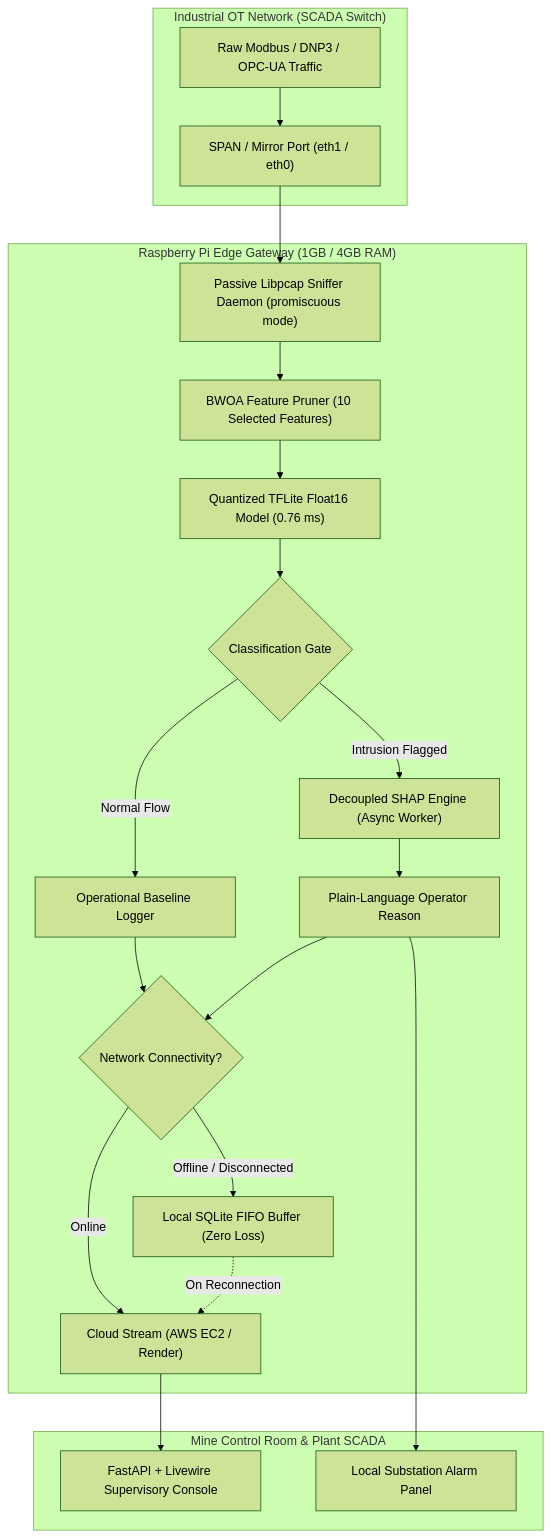
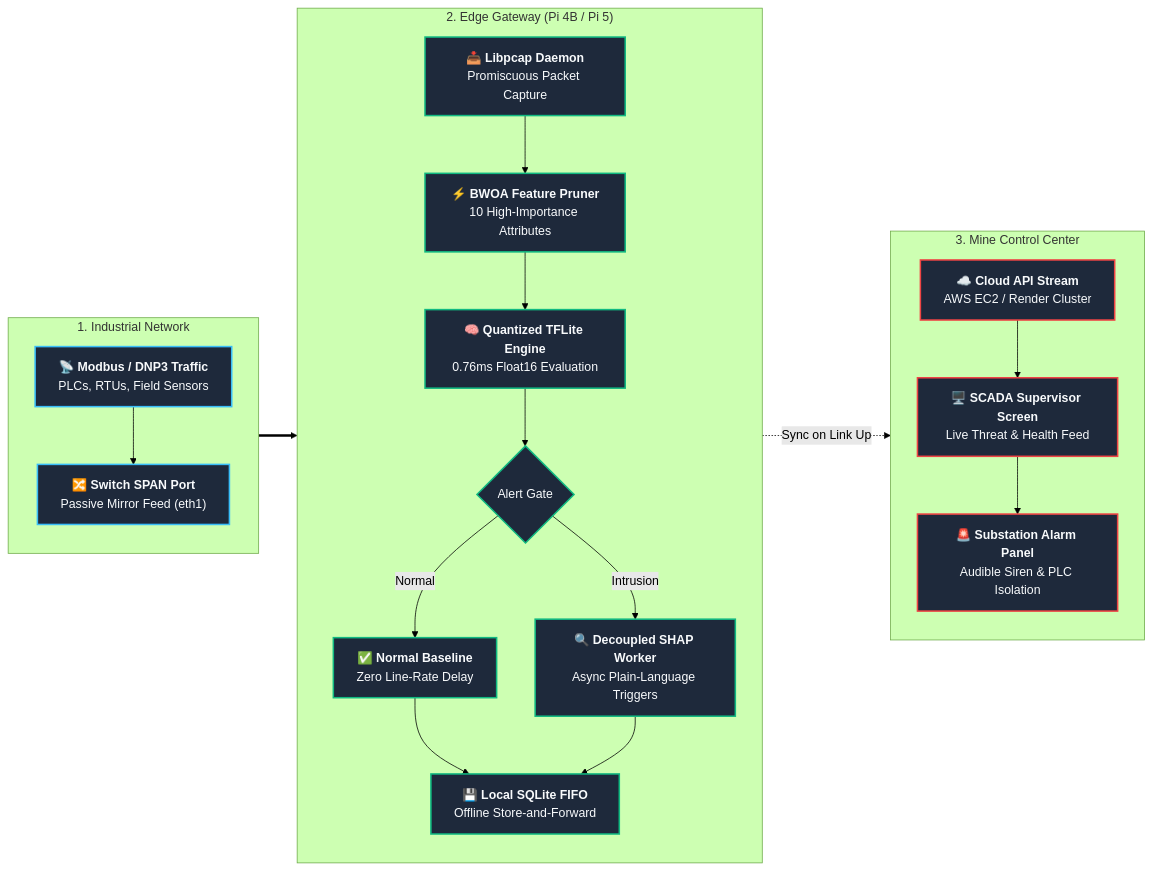
One commit to mhiskall282/Securing-the-Digital-Mine-UNESCO-Project changed the diagram in docs/raspberry_pi_deployment.md. Above: the diagram before and after it, drawn with Mermaid (forest theme). The commit also changed 9 other files, not shown here.

Commit message:
style(docs): optimize Mermaid diagrams for GitBook with wide horizontal layouts and high contrast

````diff
--- a/docs/raspberry_pi_deployment.md
+++ b/docs/raspberry_pi_deployment.md
@@ -30,27 +30,44 @@
 ```mermaid
-flowchart TD
-    subgraph OTNetwork["Industrial OT Network (SCADA Switch)"]
-        A["Raw Modbus / DNP3 / OPC-UA Traffic"] --> B["SPAN / Mirror Port (eth1 / eth0)"]
+flowchart LR
+    subgraph OTNetwork["1. Industrial Network"]
+        direction TB
+        A["📡 <b>Modbus / DNP3 Traffic</b><br/>PLCs, RTUs, Field Sensors"]
+        B["🔀 <b>Switch SPAN Port</b><br/>Passive Mirror Feed (eth1)"]
+        A --> B
     end
 
-    subgraph PiGateway["Raspberry Pi Edge Gateway (1GB / 4GB RAM)"]
-        B --> C["Passive Libpcap Sniffer Daemon (promiscuous mode)"]
-        C --> D["BWOA Feature Pruner (10 Selected Features)"]
-        D --> E["Quantized TFLite Float16 Model (0.76 ms)"]
-        E --> F{"Classification Gate"}
-        F -- "Normal Flow" --> G["Operational Baseline Logger"]
-        F -- "Intrusion Flagged" --> H["Decoupled SHAP Engine (Async Worker)"]
-        H --> I["Plain-Language Operator Reason"]
+    subgraph PiGateway["2. Edge Gateway (Pi 4B / Pi 5)"]
+        direction TB
+        C["📥 <b>Libpcap Daemon</b><br/>Promiscuous Packet Capture"]
+        D["⚡ <b>BWOA Feature Pruner</b><br/>10 High-Importance Attributes"]
+        E["🧠 <b>Quantized TFLite Engine</b><br/>0.76ms Float16 Evaluation"]
+        GATE{"Alert Gate"}
+        BASE["✅ <b>Normal Baseline</b><br/>Zero Line-Rate Delay"]
+        SHAP["🔍 <b>Decoupled SHAP Worker</b><br/>Async Plain-Language Triggers"]
+        BUFF["💾 <b>Local SQLite FIFO</b><br/>Offline Store-and-Forward"]
         
-        G --> NET{"Network Connectivity?"}
-        I --> NET
-        NET -- "Online" --> CLOUD["Cloud Stream (AWS EC2 / Render)"]
-        NET -- "Offline / Disconnected" --> SQLITE["Local SQLite FIFO Buffer (Zero Loss)"]
-        SQLITE -. "On Reconnection" .-> CLOUD
+        C --> D --> E --> GATE
+        GATE -- "Normal" --> BASE
+        GATE -- "Intrusion" --> SHAP
+        BASE & SHAP --> BUFF
     end
 
-    subgraph ControlRoom["Mine Control Room & Plant SCADA"]
-        CLOUD --> DASH["FastAPI + Livewire Supervisory Console"]
-        I --> LOCAL_HMI["Local Substation Alarm Panel"]
+    subgraph ControlRoom["3. Mine Control Center"]
+        direction TB
+        CLOUD["☁️ <b>Cloud API Stream</b><br/>AWS EC2 / Render Cluster"]
+        DASH["🖥️ <b>SCADA Supervisor Screen</b><br/>Live Threat & Health Feed"]
+        ALARM["🚨 <b>Substation Alarm Panel</b><br/>Audible Siren & PLC Isolation"]
+        CLOUD --> DASH --> ALARM
     end
+
+    B ==> C
+    BUFF -. "Sync on Link Up" .-> CLOUD
+
+    classDef n1 fill:#1e293b,stroke:#38bdf8,stroke-width:2px,color:#f8fafc;
+    classDef n2 fill:#1e293b,stroke:#10b981,stroke-width:2px,color:#f8fafc;
+    classDef n3 fill:#1e293b,stroke:#ef4444,stroke-width:2px,color:#f8fafc;
+
+    class A,B n1;
+    class C,D,E,GATE,BASE,SHAP,BUFF n2;
+    class CLOUD,DASH,ALARM n3;
 ```
````
